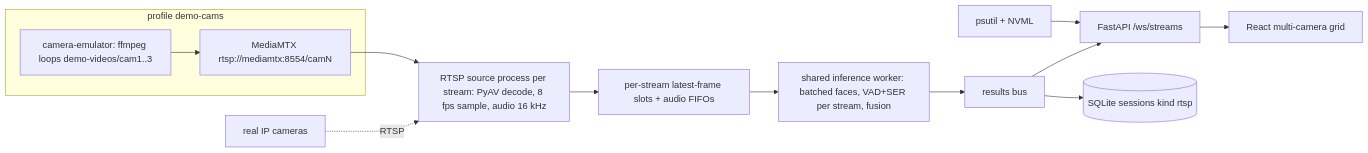
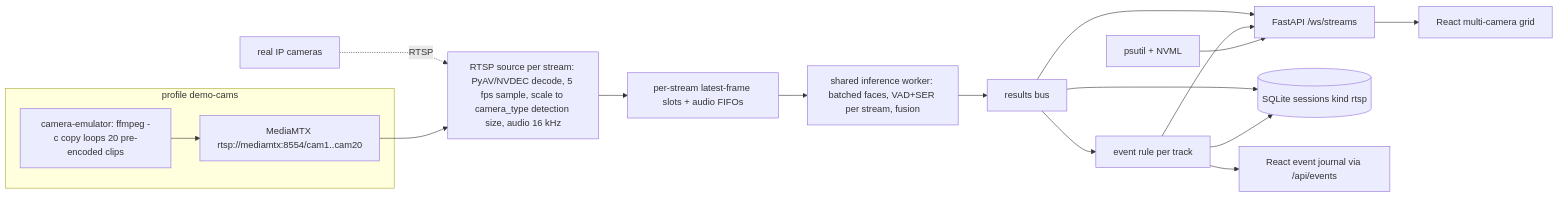
Before and after one commit to maxlarkin/emotion_recognition: the second of 3 diagrams in _bmad-output/specs/spec-emotion-recognition-mvp/architecture-diagrams.md, drawn with Mermaid. The commit also changed other lines of this file and 8 other files, not shown here.

First line of the commit message:
docs: re-derive spec for QA-manager use case with 20-stream demo

````diff
--- a/_bmad-output/specs/spec-emotion-recognition-mvp/architecture-diagrams.md
+++ b/_bmad-output/specs/spec-emotion-recognition-mvp/architecture-diagrams.md
@@ -35,14 +35,17 @@
 ```mermaid
 flowchart LR
   subgraph demo [profile demo-cams]
-    EMU[camera-emulator: ffmpeg loops demo-videos/cam1..3] --> MTX[MediaMTX rtsp://mediamtx:8554/camN]
+    EMU[camera-emulator: ffmpeg -c copy loops 20 pre-encoded clips] --> MTX[MediaMTX rtsp://mediamtx:8554/cam1..cam20]
   end
   IPC[real IP cameras] -.RTSP.-> SRC
-  MTX --> SRC[RTSP source process per stream: PyAV decode, 8 fps sample, audio 16 kHz]
+  MTX --> SRC[RTSP source per stream: PyAV/NVDEC decode, 5 fps sample, scale to camera_type detection size, audio 16 kHz]
   SRC --> SLOTS[per-stream latest-frame slots + audio FIFOs]
   SLOTS --> W[shared inference worker: batched faces, VAD+SER per stream, fusion]
   W --> RES[results bus]
   RES --> WSS[FastAPI /ws/streams] --> GRID[React multi-camera grid]
   RES --> DB[(SQLite sessions kind rtsp)]
+  RES --> EVT[event rule per track] --> DB
+  EVT --> WSS
+  EVT --> JRN[React event journal via /api/events]
   MON[psutil + NVML] --> WSS
 ```
````
